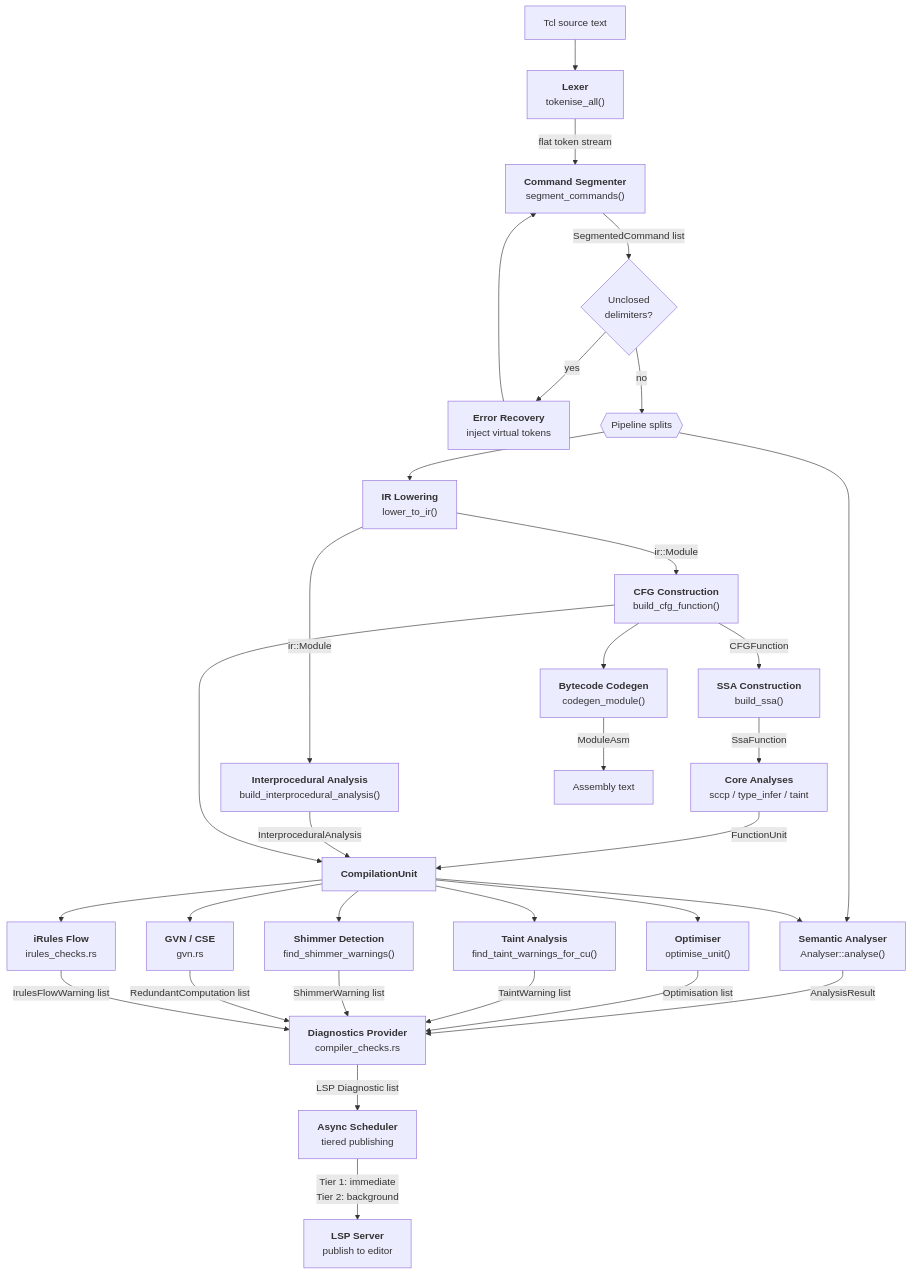
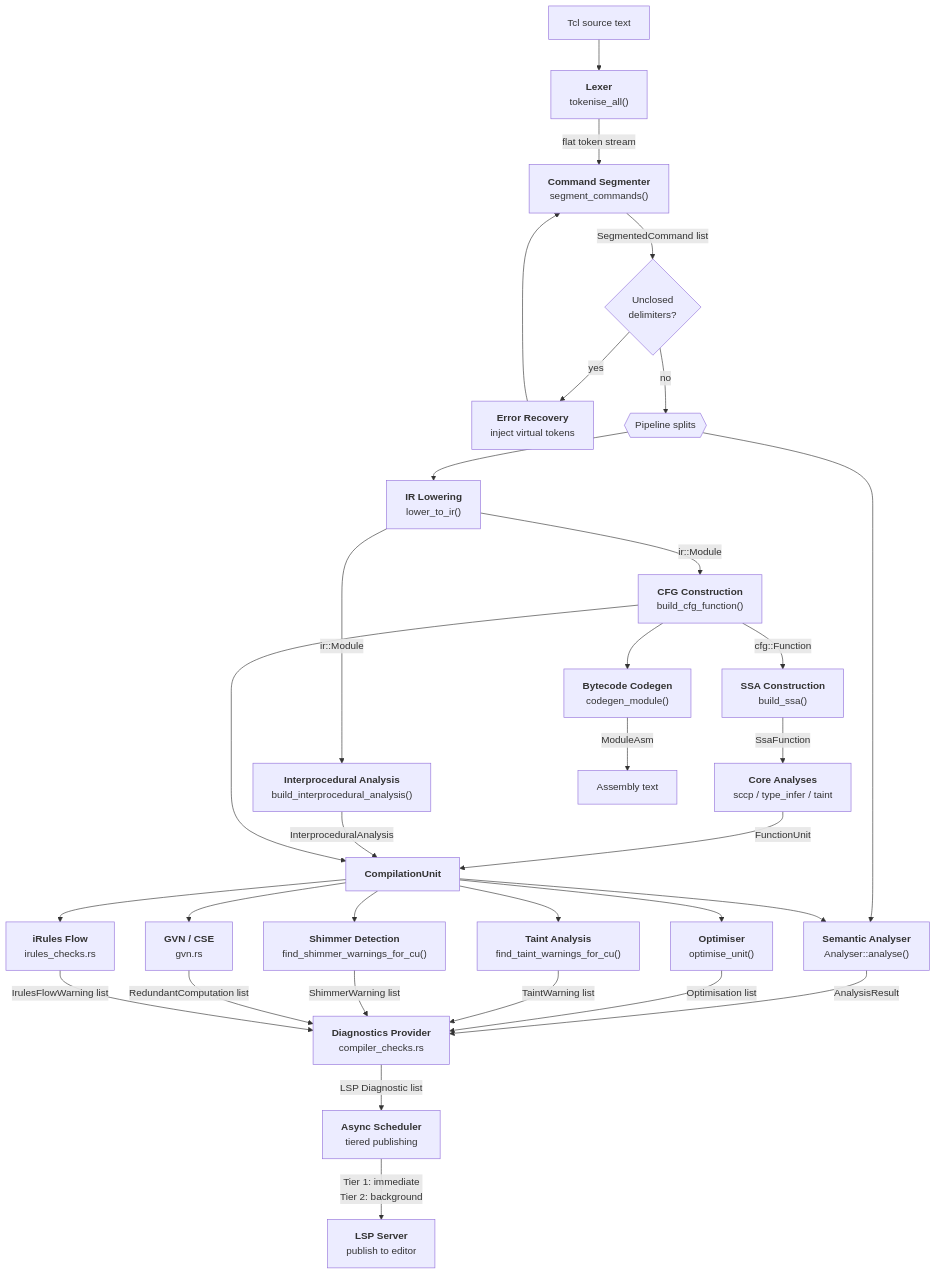
The first of 20 diagrams in docs/design/compiler-architecture.md (bitwisecook/tcl-lsp), drawn with Mermaid before and after one commit. The commit also changed other lines of this file and 5 other files, not shown here.

````diff
--- a/docs/design/compiler-architecture.md
+++ b/docs/design/compiler-architecture.md
@@ -29,43 +29,43 @@
 ```mermaid
 flowchart TD
     SRC["Tcl source text"]
 
     SRC --> LEX["<b>Lexer</b><br/>tokenise_all()"]
     LEX -->|"flat token stream"| SEG["<b>Command Segmenter</b><br/>segment_commands()"]
     SEG -->|"SegmentedCommand list"| REC{"Unclosed<br/>delimiters?"}
     REC -- yes --> VREC["<b>Error Recovery</b><br/>inject virtual tokens"]
     VREC --> SEG
     REC -- no --> SPLIT{{"Pipeline splits"}}
 
     SPLIT --> ANA["<b>Semantic Analyser</b><br/>Analyser::analyse()"]
     SPLIT --> LOW["<b>IR Lowering</b><br/>lower_to_ir()"]
 
     LOW -->|ir::Module| CFG["<b>CFG Construction</b><br/>build_cfg_function()"]
-    CFG -->|CFGFunction| SSA["<b>SSA Construction</b><br/>build_ssa()"]
+    CFG -->|cfg::Function| SSA["<b>SSA Construction</b><br/>build_ssa()"]
     SSA -->|SsaFunction| CORE["<b>Core Analyses</b><br/>sccp / type_infer / taint"]
     LOW -->|ir::Module| IPA["<b>Interprocedural Analysis</b><br/>build_interprocedural_analysis()"]
 
     CORE -->|FunctionUnit| CU["<b>CompilationUnit</b>"]
     IPA -->|InterproceduralAnalysis| CU
     CFG --> CU
 
     CU --> OPT["<b>Optimiser</b><br/>optimise_unit()"]
     CU --> TAINT["<b>Taint Analysis</b><br/>find_taint_warnings_for_cu()"]
-    CU --> SHIM["<b>Shimmer Detection</b><br/>find_shimmer_warnings()"]
+    CU --> SHIM["<b>Shimmer Detection</b><br/>find_shimmer_warnings_for_cu()"]
     CU --> GVN["<b>GVN / CSE</b><br/>gvn.rs"]
     CU --> IFLOW["<b>iRules Flow</b><br/>irules_checks.rs"]
     CU --> ANA
 
     CFG --> CGEN["<b>Bytecode Codegen</b><br/>codegen_module()"]
     CGEN -->|"ModuleAsm"| ASMTXT["Assembly text"]
 
     ANA -->|AnalysisResult| DIAG["<b>Diagnostics Provider</b><br/>compiler_checks.rs"]
     OPT -->|"Optimisation list"| DIAG
     TAINT -->|"TaintWarning list"| DIAG
     SHIM -->|"ShimmerWarning list"| DIAG
     GVN -->|"RedundantComputation list"| DIAG
     IFLOW -->|"IrulesFlowWarning list"| DIAG
 
     DIAG -->|"LSP Diagnostic list"| SCHED["<b>Async Scheduler</b><br/>tiered publishing"]
     SCHED -->|"Tier 1: immediate<br/>Tier 2: background"| LSP["<b>LSP Server</b><br/>publish to editor"]
 ```
````
